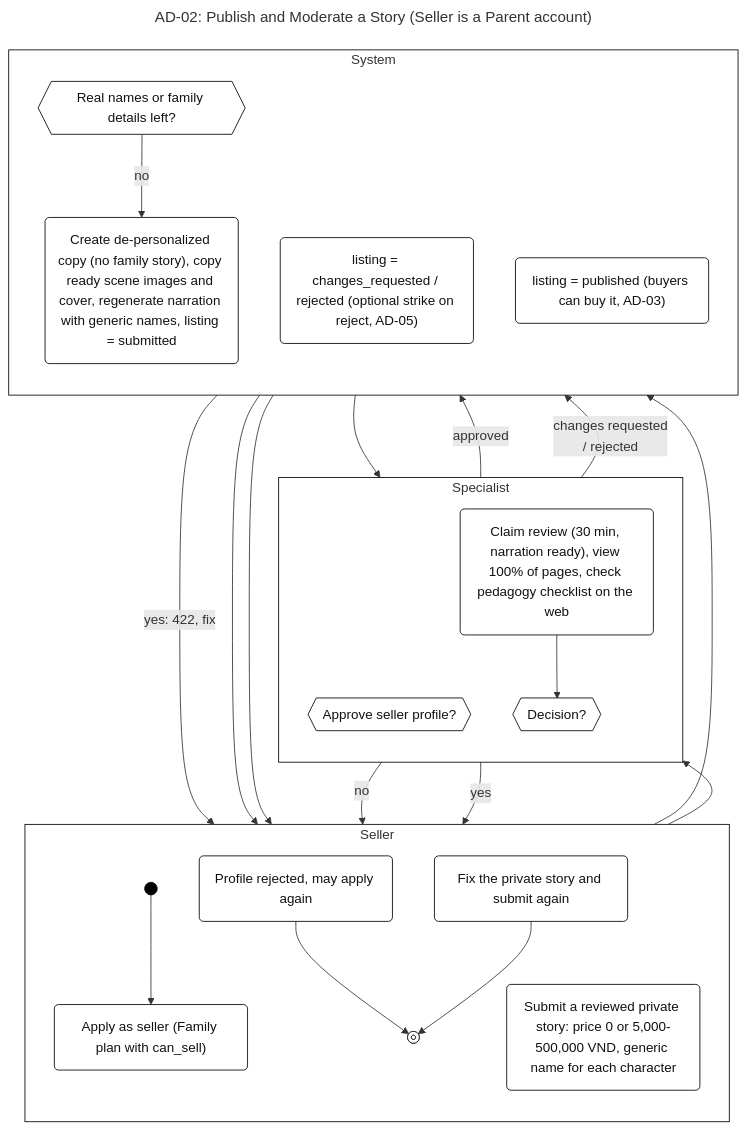
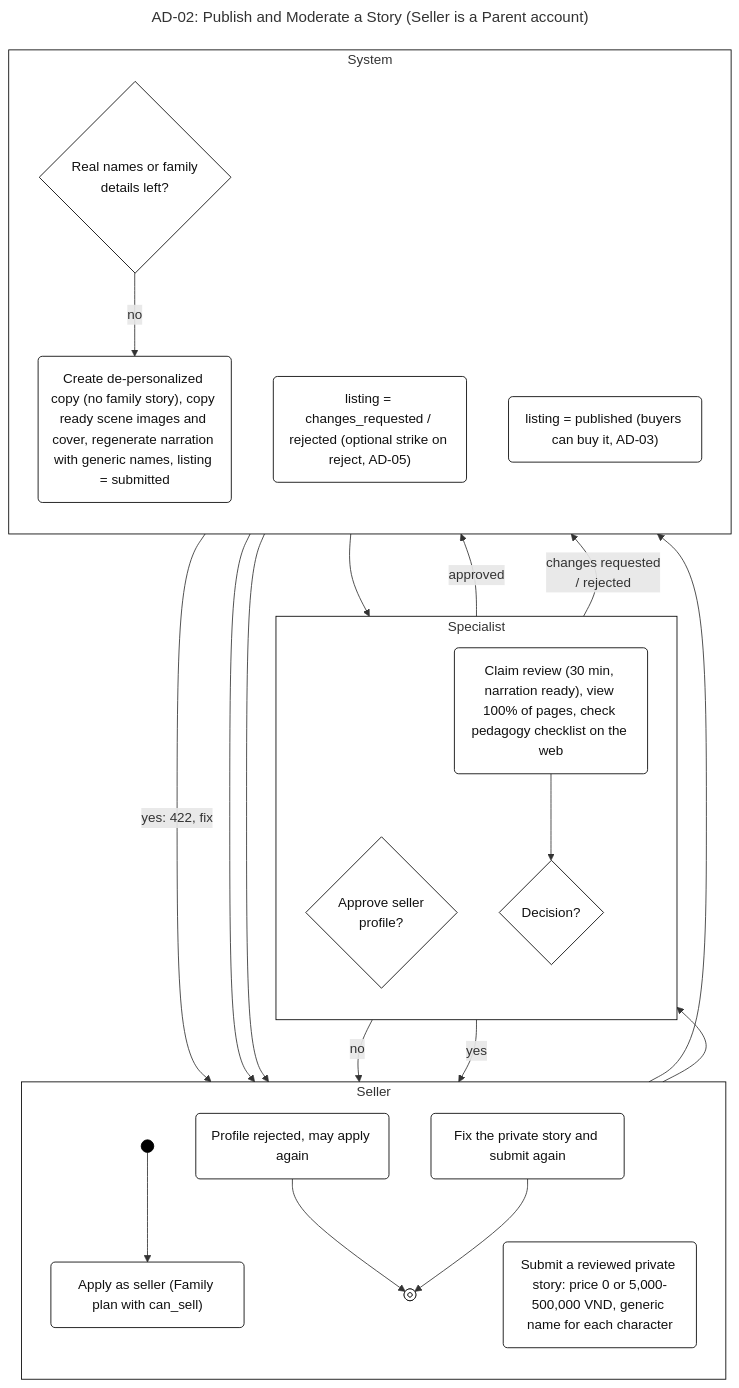
Before and after one commit to SEP490-GFA26SE186/BE: the diagram in docs/diagrams/activity/AD-02-publish-moderate.mmd, drawn with Mermaid. The commit also changed 17 other files, not shown here.

```diff
--- a/docs/diagrams/activity/AD-02-publish-moderate.mmd
+++ b/docs/diagrams/activity/AD-02-publish-moderate.mmd
@@ -1,50 +1,50 @@
 ---
 title: "AD-02: Publish and Moderate a Story (Seller is a Parent account)"
 ---
 %%{init: {"flowchart": {"curve": "linear", "nodeSpacing": 30, "rankSpacing": 40}, "themeVariables": {"fontFamily": "Arial", "fontSize": "14px", "lineColor": "#333333"}}%%
 flowchart TB
   subgraph L_E["Seller"]
     direction TB
     start((" "))
     a_apply("Apply as seller (Family plan with can_sell)")
     a_rej("Profile rejected, may apply again")
     a_submit("Submit a reviewed private story: price 0 or 5,000-500,000 VND, generic name for each character")
     a_fix("Fix the private story and submit again")
     n_end@{ shape: fr-circ }
   end
   subgraph L_P["Specialist"]
     direction TB
-    d_prof{{"Approve seller profile?"}}
+    d_prof{"Approve seller<br/>profile?"}
     a_claim("Claim review (30 min, narration ready), view 100% of pages, check pedagogy checklist on the web")
-    d_dec{{"Decision?"}}
+    d_dec{"Decision?"}
   end
   subgraph L_S["System"]
     direction TB
-    d_names{{"Real names or family details left?"}}
+    d_names{"Real names or family<br/>details left?"}
     s_copy("Create de-personalized copy (no family story), copy ready scene images and cover, regenerate narration with generic names, listing = submitted")
     s_chg("listing = changes_requested / rejected (optional strike on reject, AD-05)")
     s_pub("listing = published (buyers can buy it, AD-03)")
   end
 
   start --> a_apply
   a_apply --> d_prof
   d_prof -- "no" --> a_rej
   d_prof -- "yes" --> a_submit
   a_rej --> n_end
   a_submit --> d_names
   d_names -- "yes: 422, fix" --> a_submit
   d_names -- "no" --> s_copy
   s_copy --> a_claim
   a_claim --> d_dec
   d_dec -- "approved" --> s_pub
   d_dec -- "changes requested<br/>/ rejected" --> s_chg
   s_chg --> a_fix
   a_fix --> n_end
   s_pub --> n_end
 
   classDef default fill:#FFFFFF,stroke:#000000,color:#111111
   classDef solid fill:#000000,stroke:#000000
   class start solid
   style L_E fill:#FFFFFF,stroke:#000000
   style L_P fill:#FFFFFF,stroke:#000000
   style L_S fill:#FFFFFF,stroke:#000000
```
